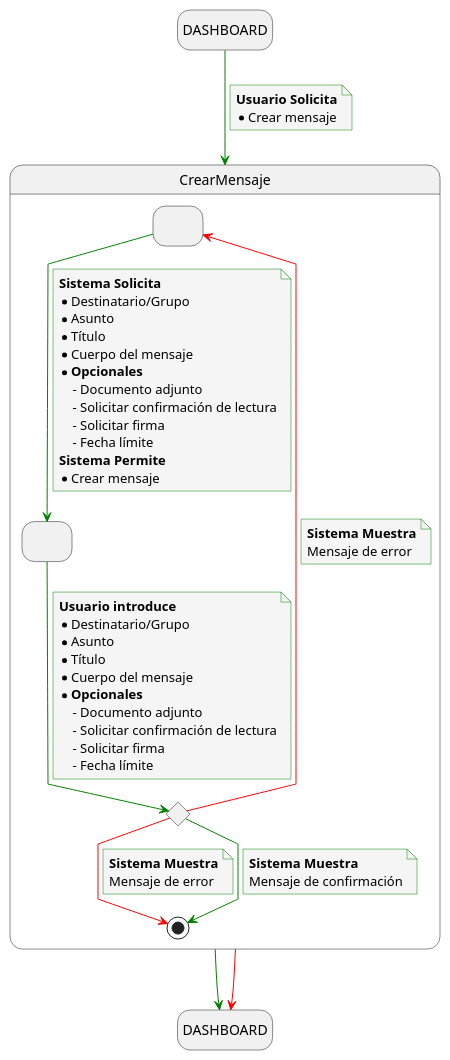
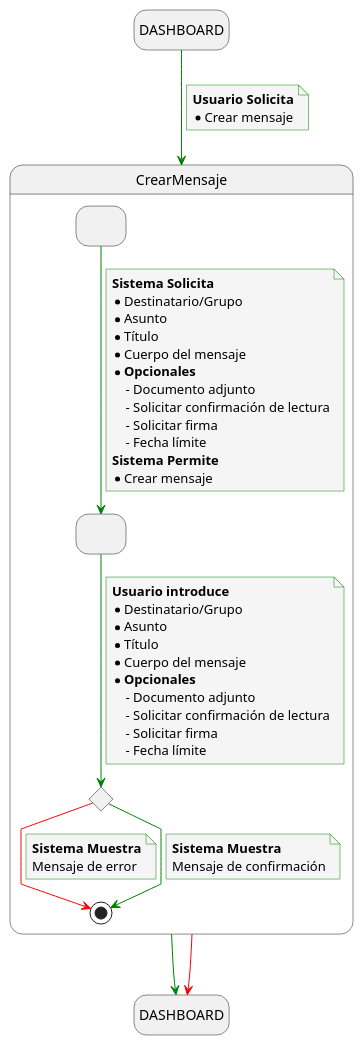
Before and after one commit to mmasias/24-25-IdSw1-SDR: the diagram in docs/casosDeUso/detalladoCasosDeUso/detalladoEnvioMensajes/detalladoCreacionMensaje.puml, drawn with PlantUML. The commit also changed 5 other files, not shown here.

Commit message:
FIX/ eliminar transiciones de error en los diagramas de envío de mensajes y login

```diff
--- a/docs/casosDeUso/detalladoCasosDeUso/detalladoEnvioMensajes/detalladoCreacionMensaje.puml
+++ b/docs/casosDeUso/detalladoCasosDeUso/detalladoEnvioMensajes/detalladoCreacionMensaje.puml
@@ -1,78 +1,72 @@
 @startuml crear_mensaje
 
 skinparam {
   NoteBackgroundColor #whiteSmoke
   ArrowColor #green
   NoteBorderColor #green
   linetype polyline
 }
 
 hide empty description
 
 state startState as "DASHBOARD"
 state endState as "DASHBOARD"
 
 startState --> CrearMensaje
 note on link
     <b>Usuario Solicita</b>
     * Crear mensaje
 end note
 
 CrearMensaje --> endState
 CrearMensaje -[#red]-> endState
 
 state CrearMensaje{
     state solicitudFiltros as " "
     state envioFiltros as " "
     state revisionFiltrosEnviados <<choice>>
 
     solicitudFiltros --> envioFiltros
     note on link
         <b>Sistema Solicita</b>
         * Destinatario/Grupo
         * Asunto
         * Título
         * Cuerpo del mensaje
         * <b>Opcionales</b>
             - Documento adjunto
             - Solicitar confirmación de lectura
             - Solicitar firma
             - Fecha límite
         <b>Sistema Permite</b>
         * Crear mensaje
     end note
 
     envioFiltros --> revisionFiltrosEnviados
     note on link
         <b>Usuario introduce</b>
         * Destinatario/Grupo
         * Asunto
         * Título
         * Cuerpo del mensaje
         * <b>Opcionales</b>
             - Documento adjunto
             - Solicitar confirmación de lectura
             - Solicitar firma
             - Fecha límite
     end note
 
-    revisionFiltrosEnviados -[#red]-> solicitudFiltros
-    note on link
-        <b>Sistema Muestra</b>
-        Mensaje de error
-    end note
-
     revisionFiltrosEnviados -[#red]-> [*]
     note on link
         <b>Sistema Muestra</b>
         Mensaje de error
     end note
 
     revisionFiltrosEnviados --> [*]
     note on link
         <b>Sistema Muestra</b>
         Mensaje de confirmación
     end note
 }
 
 @enduml
```
